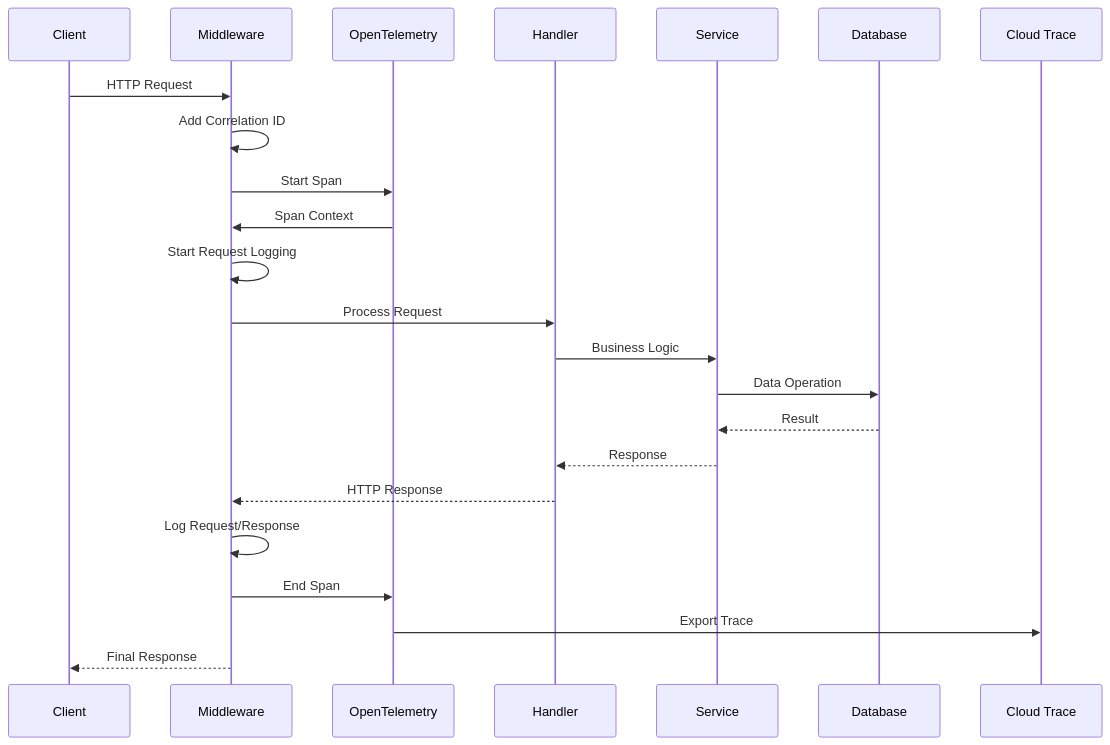
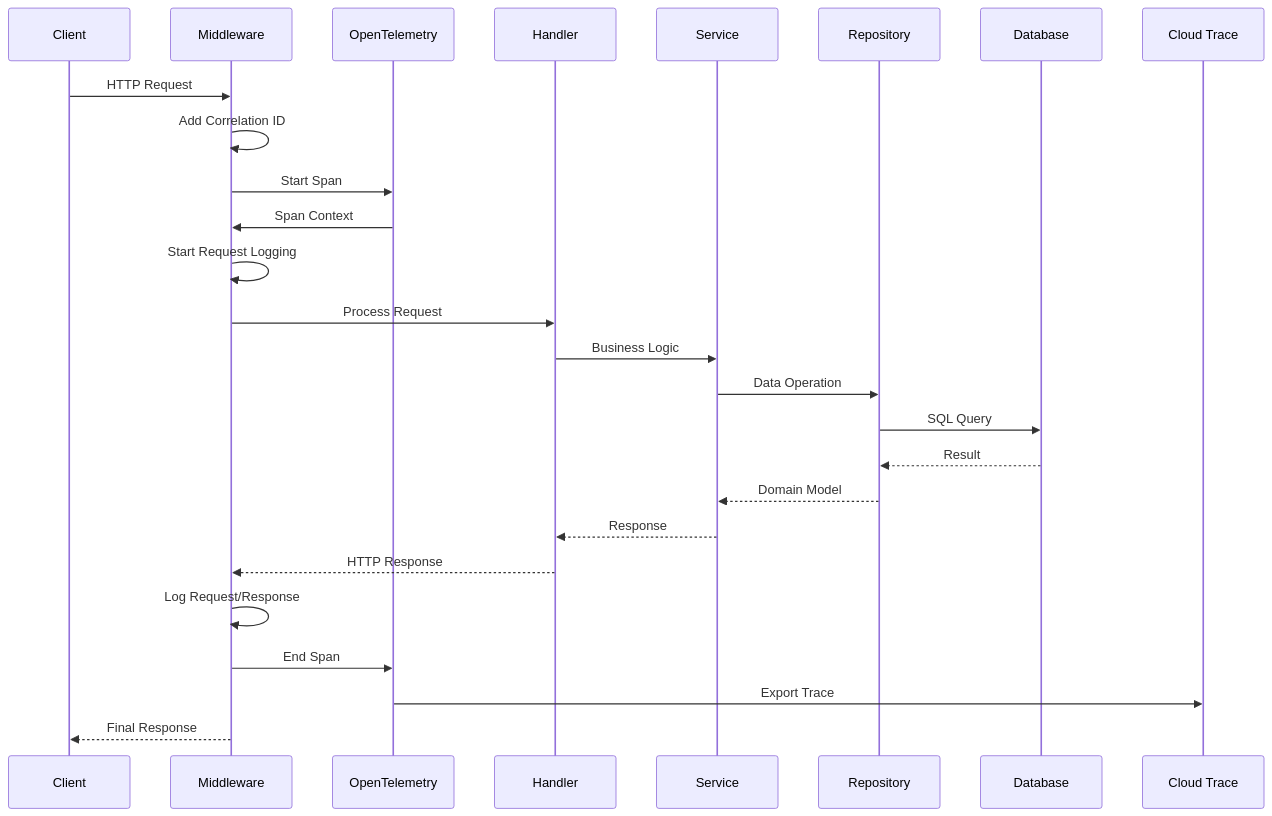
One commit to STICORP/tributum-back changed the second of 3 diagrams in README.md. Above: the diagram before and after it, drawn with Mermaid. The commit also changed other lines of this file, not shown here.

````diff
--- a/README.md
+++ b/README.md
@@ -174,26 +180,29 @@
 ```mermaid
 sequenceDiagram
     participant C as Client
     participant M as Middleware
     participant T as OpenTelemetry
     participant H as Handler
     participant S as Service
+    participant R as Repository
     participant D as Database
     participant CT as Cloud Trace
 
     C->>M: HTTP Request
     M->>M: Add Correlation ID
     M->>T: Start Span
     T->>M: Span Context
     M->>M: Start Request Logging
     M->>H: Process Request
     H->>S: Business Logic
-    S->>D: Data Operation
-    D-->>S: Result
+    S->>R: Data Operation
+    R->>D: SQL Query
+    D-->>R: Result
+    R-->>S: Domain Model
     S-->>H: Response
     H-->>M: HTTP Response
     M->>M: Log Request/Response
     M->>T: End Span
     T->>CT: Export Trace
     M-->>C: Final Response
 ```
````
